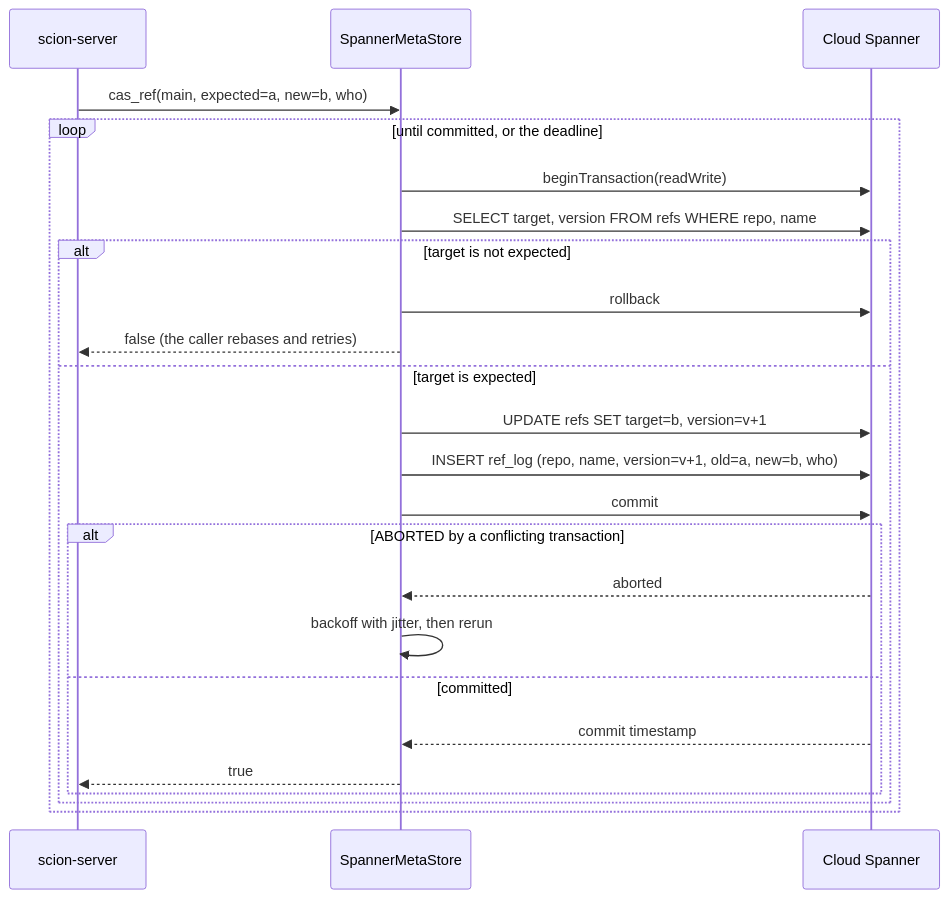
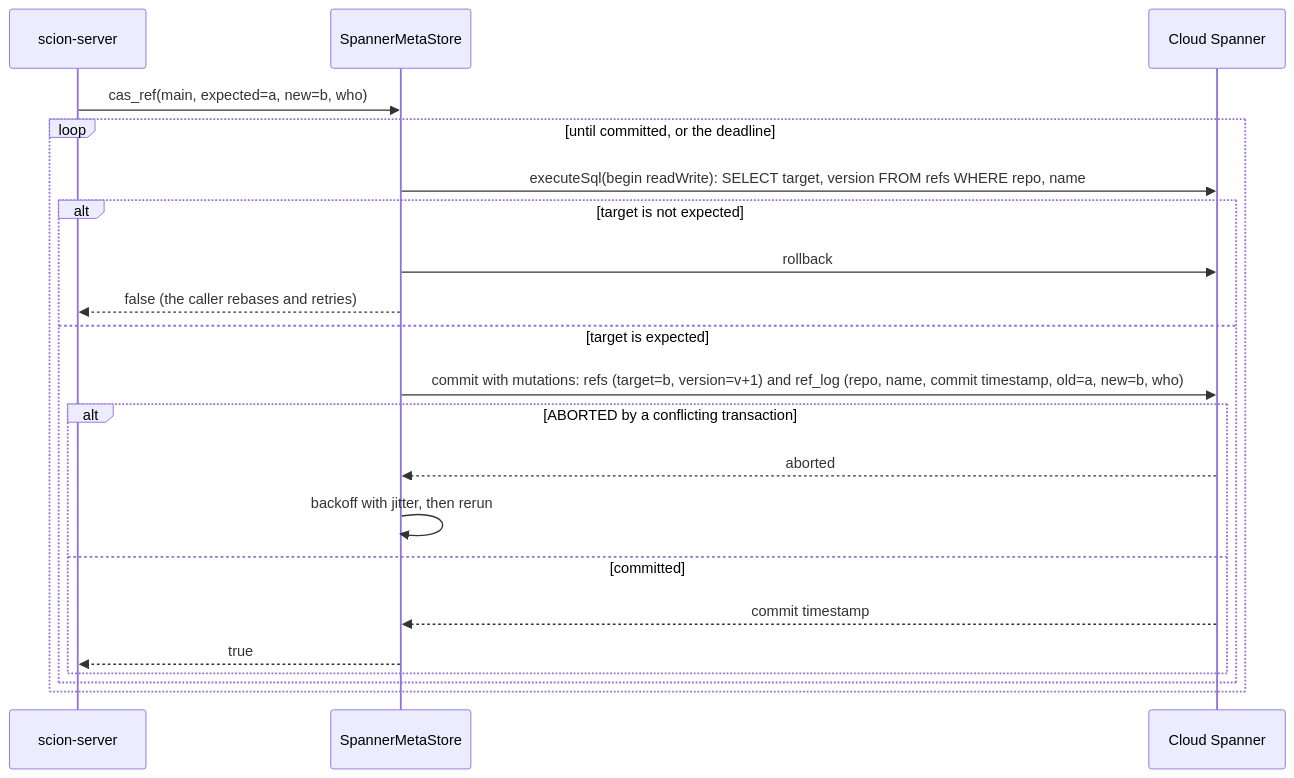
Diagram 17 of 28 in scion/docs/design/06-uml.md (Space-Trucker/AIresume), drawn with Mermaid before and after one commit. The commit also changed other lines of this file and 27 other files, not shown here.

````diff
--- a/scion/docs/design/06-uml.md
+++ b/scion/docs/design/06-uml.md
@@ -854,26 +856,23 @@
 ```mermaid
 sequenceDiagram
   participant S as scion-server
   participant M as SpannerMetaStore
   participant SP as Cloud Spanner
   S->>M: cas_ref(main, expected=a, new=b, who)
   loop until committed, or the deadline
-    M->>SP: beginTransaction(readWrite)
-    M->>SP: SELECT target, version FROM refs WHERE repo, name
+    M->>SP: executeSql(begin readWrite): SELECT target, version FROM refs WHERE repo, name
     alt target is not expected
       M->>SP: rollback
       M-->>S: false (the caller rebases and retries)
     else target is expected
-      M->>SP: UPDATE refs SET target=b, version=v+1
-      M->>SP: INSERT ref_log (repo, name, version=v+1, old=a, new=b, who)
-      M->>SP: commit
+      M->>SP: commit with mutations: refs (target=b, version=v+1) and ref_log (repo, name, commit timestamp, old=a, new=b, who)
       alt ABORTED by a conflicting transaction
         SP-->>M: aborted
         M->>M: backoff with jitter, then rerun
       else committed
         SP-->>M: commit timestamp
         M-->>S: true
       end
     end
   end
 ```
````
